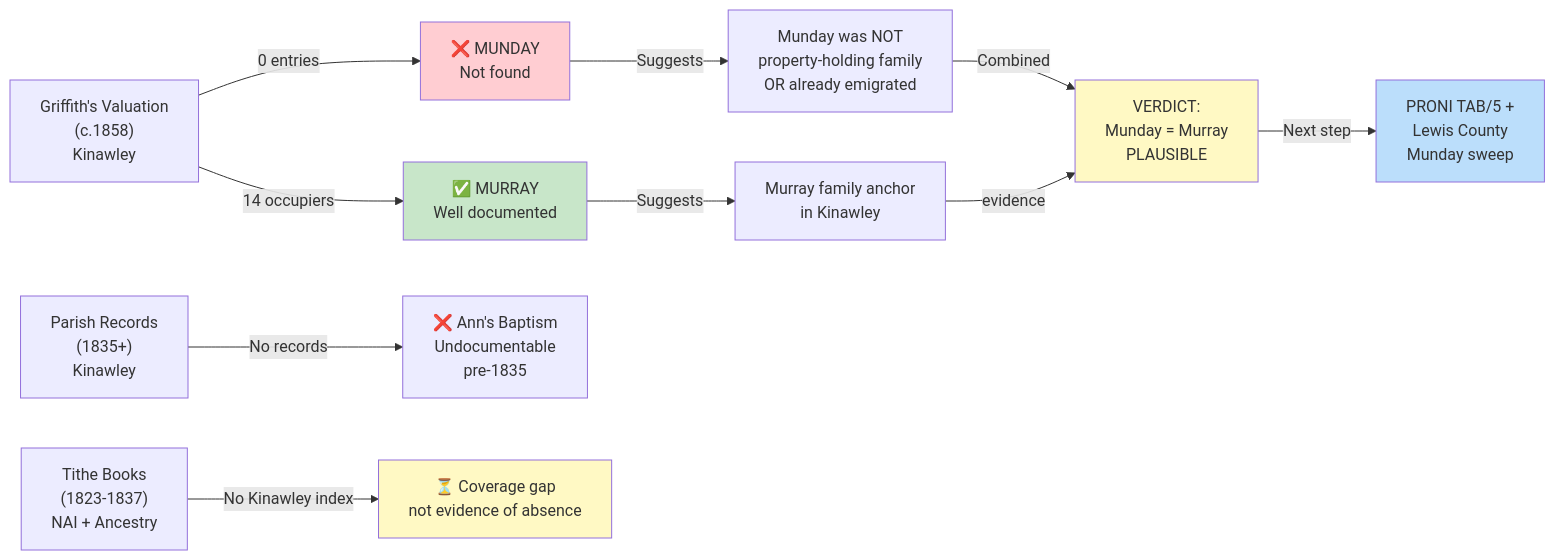
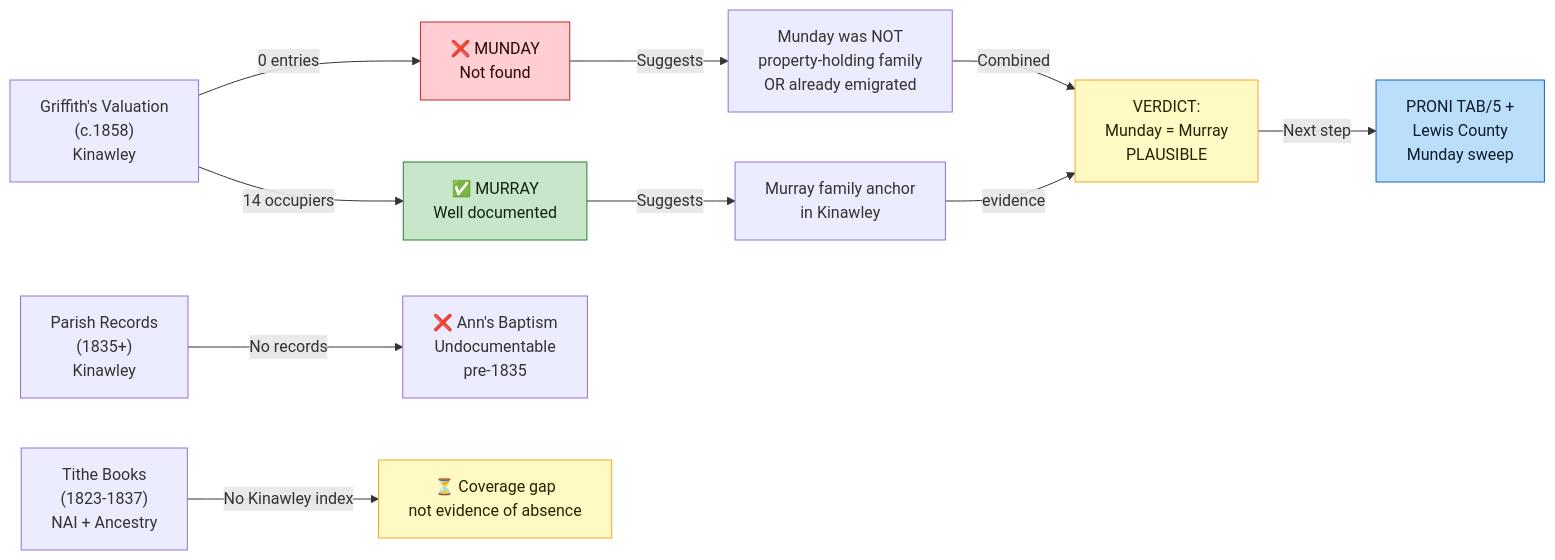
The third of 4 diagrams in Topics/Murray Settlement.md (zcopley/copley-family-research), drawn with Mermaid before and after one commit. The commit also changed other lines of this file and 14 other files, not shown here.

Commit message:
Enforce Mermaid diagram contrast

````diff
--- a/Topics/Murray Settlement.md
+++ b/Topics/Murray Settlement.md
@@ -393,27 +393,27 @@
 ```mermaid
 graph LR
     GV["Griffith's Valuation<br/>(c.1858)<br/>Kinawley"]
     
     GV -->|0 entries| MUN["❌ MUNDAY<br/>Not found"]
     GV -->|14 occupiers| MUR["✅ MURRAY<br/>Well documented"]
     
     PR["Parish Records<br/>(1835+)<br/>Kinawley"]
     PR -->|No records| AB["❌ Ann's Baptism<br/>Undocumentable<br/>pre-1835"]
     
     TAB["Tithe Books<br/>(1823-1837)<br/>NAI + Ancestry"]
     TAB -->|No Kinawley index| GAP["⏳ Coverage gap<br/>not evidence of absence"]
     
     MUN -->|Suggests| HYP1["Munday was NOT<br/>property-holding family<br/>OR already emigrated"]
     MUR -->|Suggests| HYP2["Murray family anchor<br/>in Kinawley"]
     
     HYP1 -->|Combined| VERS["VERDICT:<br/>Munday = Murray<br/>PLAUSIBLE"]
     HYP2 -->|evidence| VERS
     
     VERS -->|Next step| TITHE["PRONI TAB/5 +<br/>Lewis County<br/>Munday sweep"]
     
-    style MUN fill:#ffcdd2
-    style MUR fill:#c8e6c9
-    style GAP fill:#fff9c4
-    style VERS fill:#fff9c4
-    style TITHE fill:#bbdefb
+    style MUN fill:#ffcdd2,stroke:#c62828,color:#2b0707
+    style MUR fill:#c8e6c9,stroke:#2e7d32,color:#102411
+    style GAP fill:#fff9c4,stroke:#f9a825,color:#2a2100
+    style VERS fill:#fff9c4,stroke:#f9a825,color:#2a2100
+    style TITHE fill:#bbdefb,stroke:#1565c0,color:#0d1b2a
 ```
````
